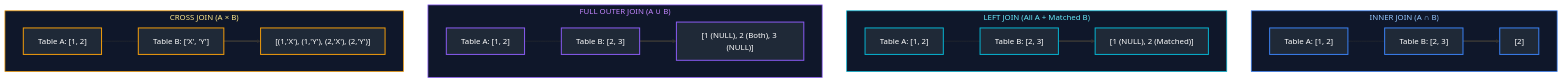
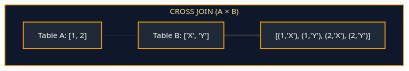
One commit to joydeep-biswas/Interview-Preparation changed the eighth of 11 diagrams in Data Engineering/01_sql_fundamentals.md. Above: the diagram before and after it, drawn with Mermaid. The commit also changed other lines of this file and 76 other files, not shown here.

Commit message:
Updated Charts

````diff
--- a/Data Engineering/01_sql_fundamentals.md
+++ b/Data Engineering/01_sql_fundamentals.md
@@ -623,37 +774,13 @@
 ```mermaid
 flowchart TD
-    subgraph InnerJoin ["INNER JOIN (A ∩ B)"]
-        direction LR
-        IA["Table A: [1, 2]"] --- IB["Table B: [2, 3]"] ==> IRes["[2]"]
-    end
-    subgraph LeftJoin ["LEFT JOIN (All A + Matched B)"]
-        direction LR
-        LA["Table A: [1, 2]"] --- LB["Table B: [2, 3]"] ==> LRes["[1 (NULL), 2 (Matched)]"]
-    end
-    subgraph FullJoin ["FULL OUTER JOIN (A ∪ B)"]
-        direction LR
-        FA["Table A: [1, 2]"] --- FB["Table B: [2, 3]"] ==> FRes["[1 (NULL), 2 (Both), 3 (NULL)]"]
-    end
     subgraph CrossJoin ["CROSS JOIN (A × B)"]
         direction LR
         CA["Table A: [1, 2]"] --- CB["Table B: ['X', 'Y']"] ==> CRes["[(1,'X'), (1,'Y'), (2,'X'), (2,'Y')]"]
     end
 
-    style InnerJoin fill:#0f172a,stroke:#3b82f6,stroke-width:1.5px,color:#93c5fd
-    style LeftJoin fill:#0f172a,stroke:#06b6d4,stroke-width:1.5px,color:#67e8f9
-    style FullJoin fill:#0f172a,stroke:#8b5cf6,stroke-width:1.5px,color:#c084fc
     style CrossJoin fill:#0f172a,stroke:#f59e0b,stroke-width:1.5px,color:#fde68a
 
-    style IA fill:#1f2937,stroke:#3b82f6,stroke-width:2px,color:#fff
-    style IB fill:#1f2937,stroke:#3b82f6,stroke-width:2px,color:#fff
-    style IRes fill:#1f2937,stroke:#3b82f6,stroke-width:2px,color:#fff
-    style LA fill:#1f2937,stroke:#06b6d4,stroke-width:2px,color:#fff
-    style LB fill:#1f2937,stroke:#06b6d4,stroke-width:2px,color:#fff
-    style LRes fill:#1f2937,stroke:#06b6d4,stroke-width:2px,color:#fff
-    style FA fill:#1f2937,stroke:#8b5cf6,stroke-width:2px,color:#fff
-    style FB fill:#1f2937,stroke:#8b5cf6,stroke-width:2px,color:#fff
-    style FRes fill:#1f2937,stroke:#8b5cf6,stroke-width:2px,color:#fff
     style CA fill:#1f2937,stroke:#f59e0b,stroke-width:2px,color:#fff
     style CB fill:#1f2937,stroke:#f59e0b,stroke-width:2px,color:#fff
     style CRes fill:#1f2937,stroke:#f59e0b,stroke-width:2px,color:#fff
 ```
````
